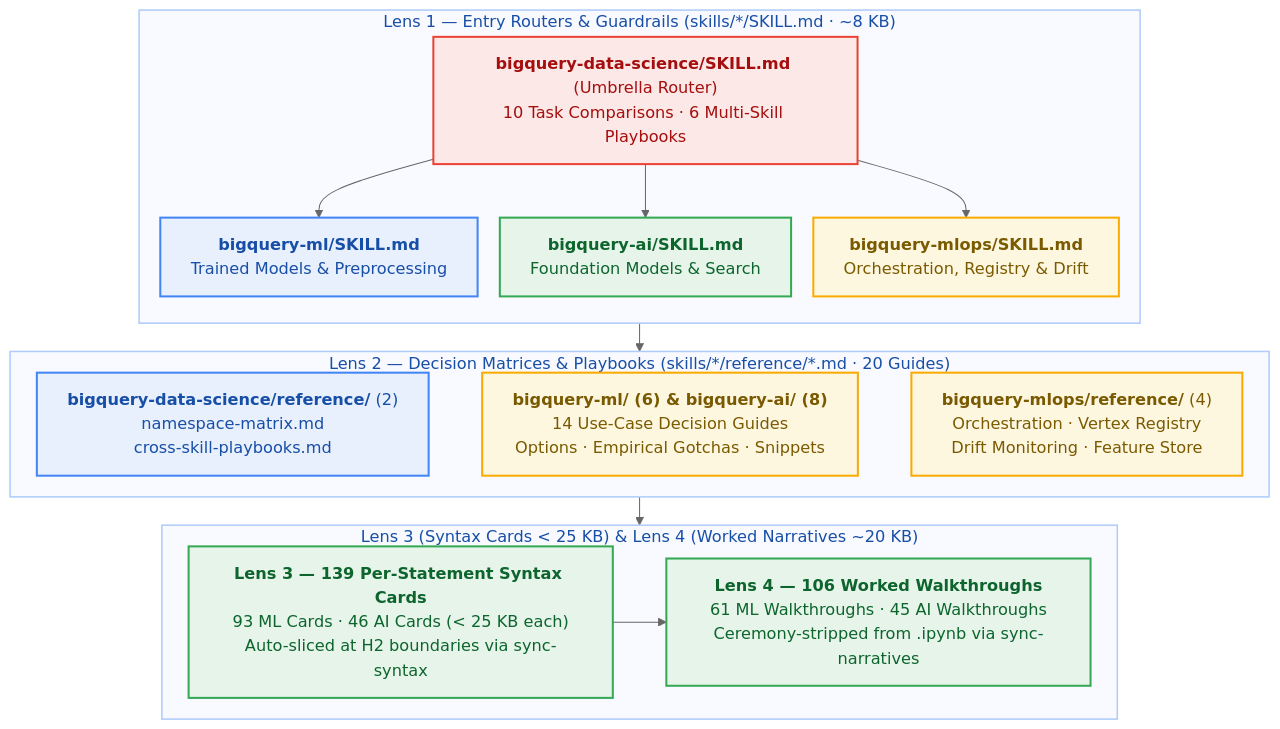
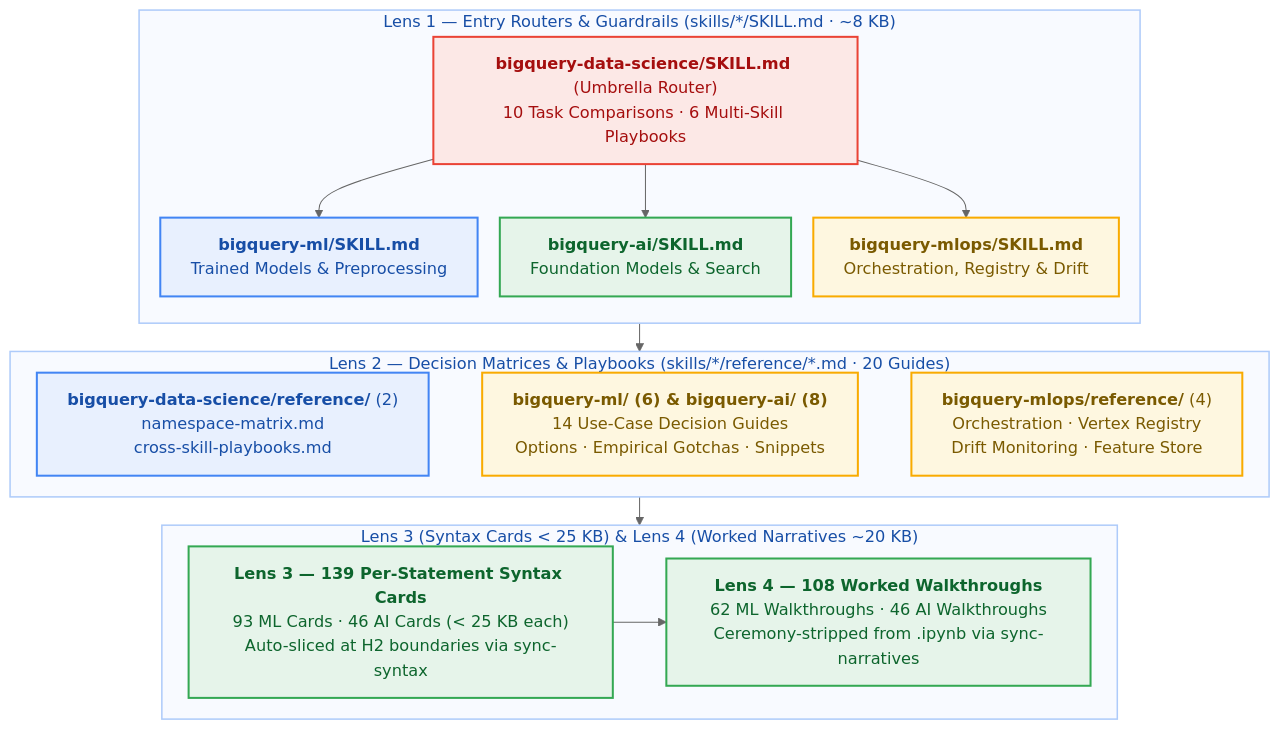
One commit to statmike/bigquery-data-science changed the diagram in skills/PLANS.md. Above: the diagram before and after it, drawn with Mermaid (neutral theme). The commit also changed other lines of this file and 28 other files, not shown here.

````diff
--- a/skills/PLANS.md
+++ b/skills/PLANS.md
@@ -16,44 +16,44 @@
 ```mermaid
 %%{init: {'flowchart': {'wrappingWidth': 360, 'nodeSpacing': 22, 'rankSpacing': 28}}}%%
 flowchart TD
     subgraph L1["Lens 1 — Entry Routers & Guardrails (skills/*/SKILL.md · ~8 KB)"]
         direction TB
         L1_Router["<b>bigquery-data-science/SKILL.md</b> (Umbrella Router)<br/>10 Task Comparisons · 6 Multi-Skill Playbooks"]
         L1_ML["<b>bigquery-ml/SKILL.md</b><br/>Trained Models &amp; Preprocessing"]
         L1_AI["<b>bigquery-ai/SKILL.md</b><br/>Foundation Models &amp; Search"]
         L1_MLOPS["<b>bigquery-mlops/SKILL.md</b><br/>Orchestration, Registry &amp; Drift"]
         L1_Router --> L1_ML
         L1_Router --> L1_AI
         L1_Router --> L1_MLOPS
     end
 
     subgraph L2["Lens 2 — Decision Matrices & Playbooks (skills/*/reference/*.md · 20 Guides)"]
         direction LR
         L2_DS["<b>bigquery-data-science/reference/</b> (2)<br/>namespace-matrix.md<br/>cross-skill-playbooks.md"]
         L2_MLAI["<b>bigquery-ml/ (6) &amp; bigquery-ai/ (8)</b><br/>14 Use-Case Decision Guides<br/>Options · Empirical Gotchas · Snippets"]
         L2_OPS["<b>bigquery-mlops/reference/</b> (4)<br/>Orchestration · Vertex Registry<br/>Drift Monitoring · Feature Store"]
         L2_DS ~~~ L2_MLAI ~~~ L2_OPS
     end
 
     subgraph L34["Lens 3 (Syntax Cards < 25 KB) & Lens 4 (Worked Narratives ~20 KB)"]
         direction LR
         L3["<b>Lens 3 — 139 Per-Statement Syntax Cards</b><br/>93 ML Cards · 46 AI Cards (&lt; 25 KB each)<br/>Auto-sliced at H2 boundaries via sync-syntax"]
-        L4["<b>Lens 4 — 106 Worked Walkthroughs</b><br/>61 ML Walkthroughs · 45 AI Walkthroughs<br/>Ceremony-stripped from .ipynb via sync-narratives"]
+        L4["<b>Lens 4 — 108 Worked Walkthroughs</b><br/>62 ML Walkthroughs · 46 AI Walkthroughs<br/>Ceremony-stripped from .ipynb via sync-narratives"]
         L3 --> L4
     end
 
     L1 --> L2 --> L34
 
     style L1 fill:#F8FAFF,stroke:#AECBFA,stroke-width:1.5px,color:#174EA6
     style L2 fill:#F8FAFF,stroke:#AECBFA,stroke-width:1.5px,color:#174EA6
     style L34 fill:#F8FAFF,stroke:#AECBFA,stroke-width:1.5px,color:#174EA6
 
     classDef data fill:#E8F0FE,stroke:#4285F4,stroke-width:2px,color:#174EA6
     classDef config fill:#FEF7E0,stroke:#F9AB00,stroke-width:2px,color:#7A5A00
     classDef route fill:#FCE8E6,stroke:#EA4335,stroke-width:2px,color:#A50E0E
     classDef compute fill:#E6F4EA,stroke:#34A853,stroke-width:2px,color:#0D652D
     class L1_Router route
     class L1_ML,L2_DS data
     class L1_AI,L3,L4 compute
     class L1_MLOPS,L2_MLAI,L2_OPS config
 ```
````
